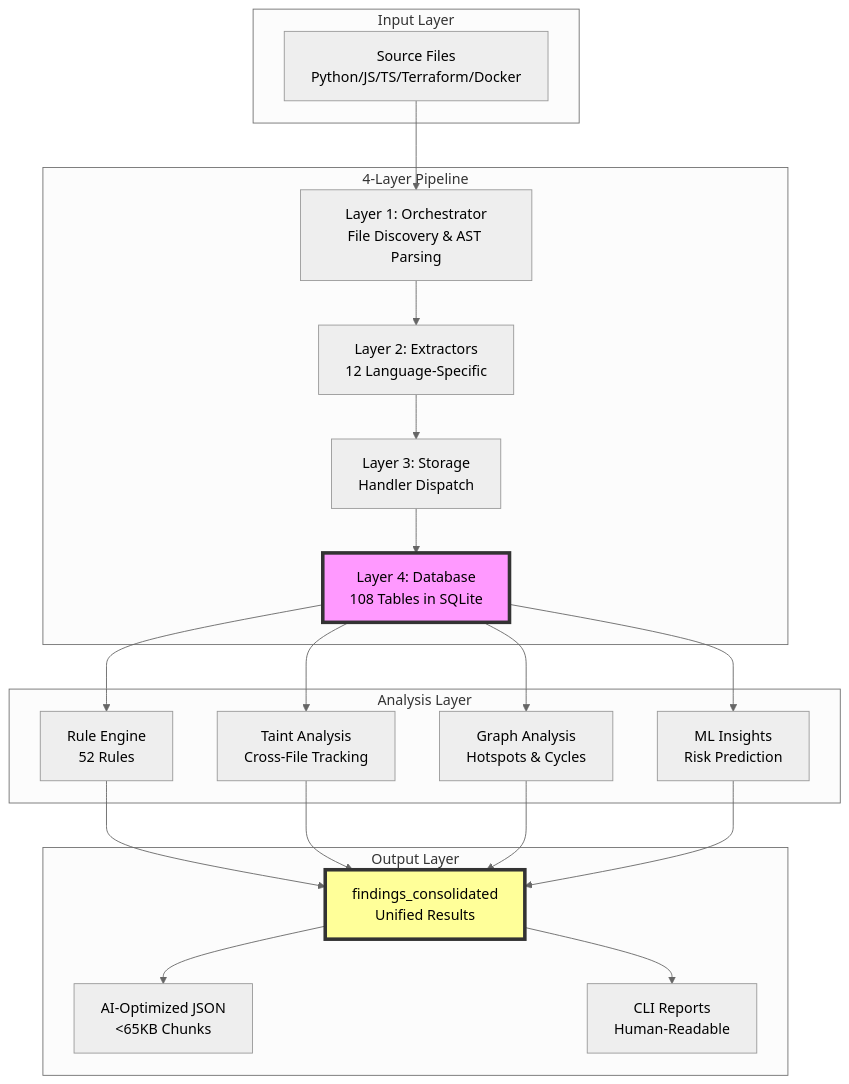
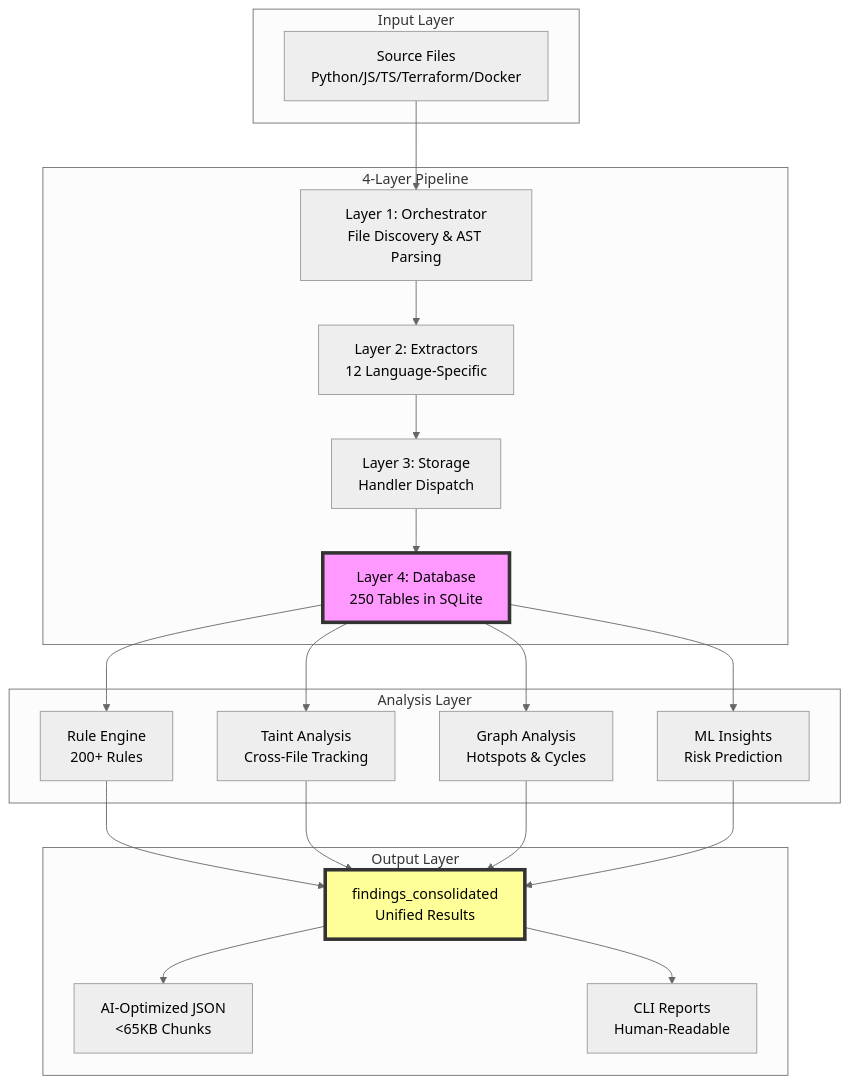
Before and after one commit to TheAuditorTool/Auditor: the first of 12 diagrams in Architecture.md, drawn with Mermaid (neutral theme). The commit also changed other lines of this file and 6 other files, not shown here.

````diff
--- a/Architecture.md
+++ b/Architecture.md
@@ -36,44 +35,44 @@
 ```mermaid
 graph TB
     subgraph "Input Layer"
         A[Source Files<br/>Python/JS/TS/Terraform/Docker]
     end
 
     subgraph "4-Layer Pipeline"
         B[Layer 1: Orchestrator<br/>File Discovery & AST Parsing]
         C[Layer 2: Extractors<br/>12 Language-Specific]
         D[Layer 3: Storage<br/>Handler Dispatch]
-        E[Layer 4: Database<br/>108 Tables in SQLite]
+        E[Layer 4: Database<br/>250 Tables in SQLite]
     end
 
     subgraph "Analysis Layer"
-        F[Rule Engine<br/>52 Rules]
+        F[Rule Engine<br/>200+ Rules]
         G[Taint Analysis<br/>Cross-File Tracking]
         H[Graph Analysis<br/>Hotspots & Cycles]
         I[ML Insights<br/>Risk Prediction]
     end
 
     subgraph "Output Layer"
         J[findings_consolidated<br/>Unified Results]
         K[AI-Optimized JSON<br/>&lt;65KB Chunks]
         L[CLI Reports<br/>Human-Readable]
     end
 
     A --> B
     B --> C
     C --> D
     D --> E
     E --> F
     E --> G
     E --> H
     E --> I
     F --> J
     G --> J
     H --> J
     I --> J
     J --> K
     J --> L
 
     style E fill:#f9f,stroke:#333,stroke-width:4px
     style J fill:#ff9,stroke:#333,stroke-width:4px
 ```
````
